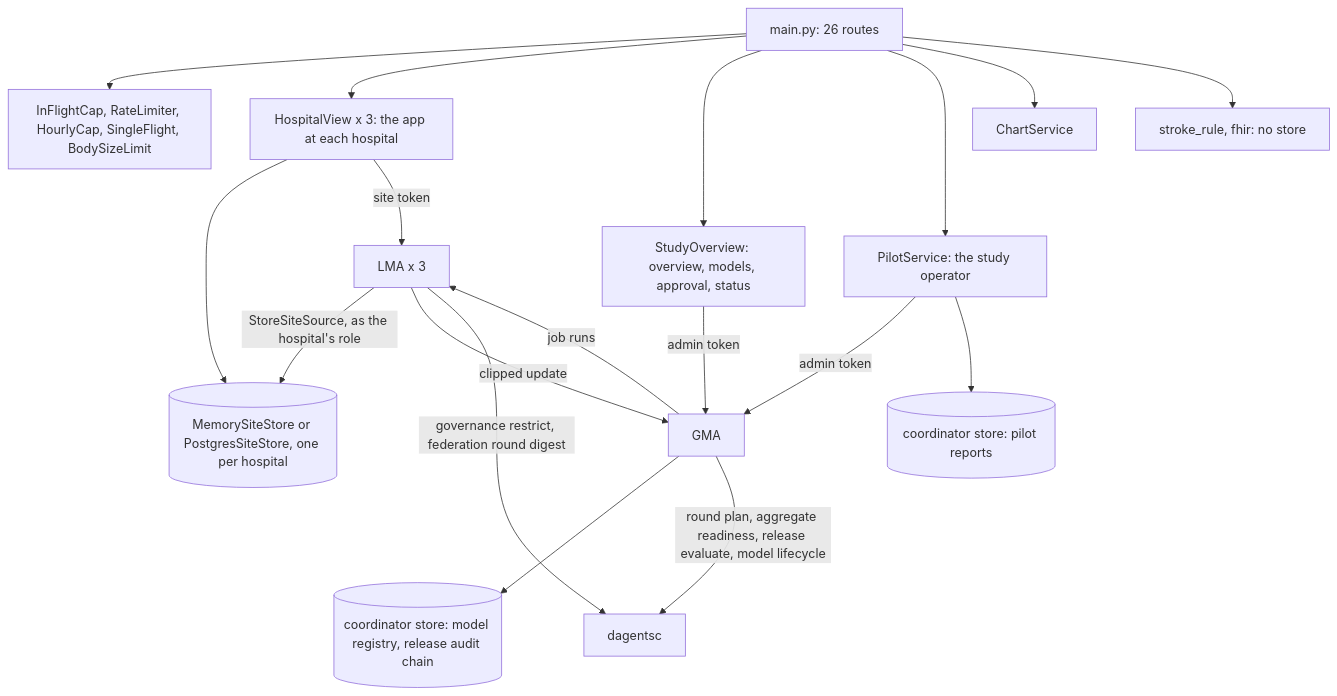
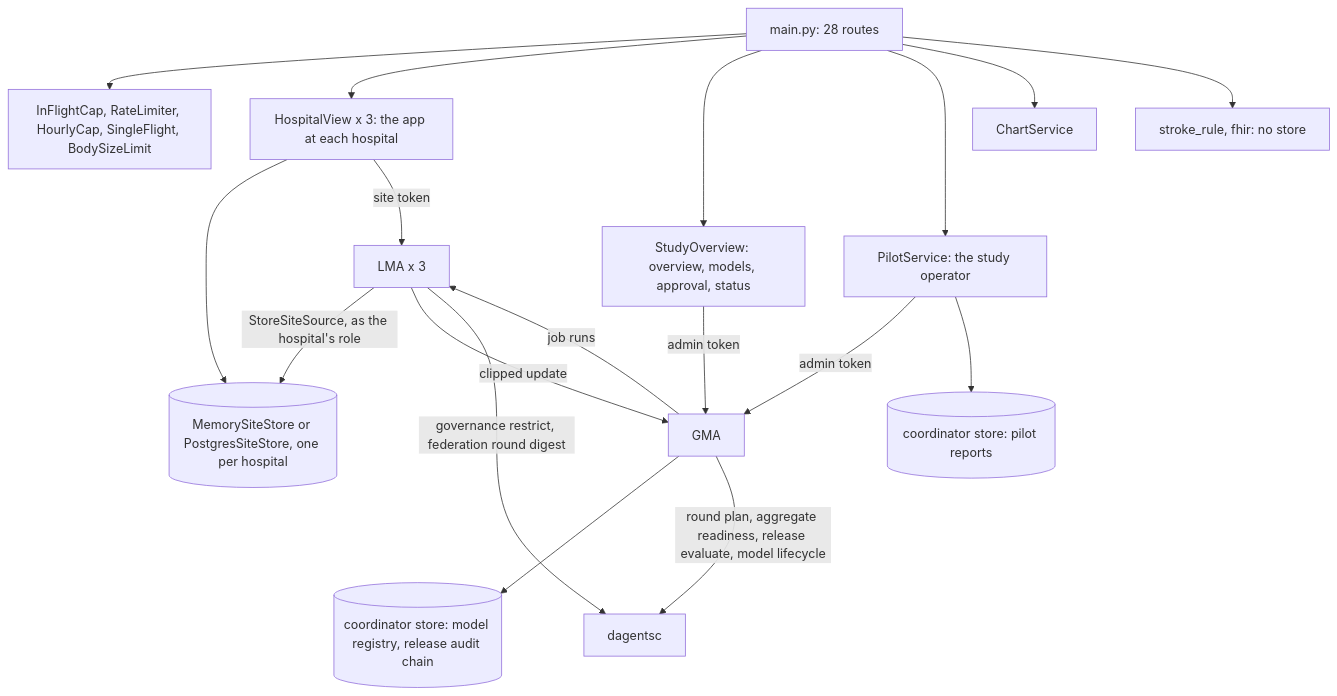
One commit to pradyunuydarp/Dagents changed the second of 6 diagrams in docs/reference/api/demo-apps.md. Above: the diagram before and after it, drawn with Mermaid. The commit also changed other lines of this file and 27 other files, not shown here.

````diff
--- a/docs/reference/api/demo-apps.md
+++ b/docs/reference/api/demo-apps.md
@@ -118,20 +118,20 @@
 ```mermaid
 flowchart TB
-    Routes["main.py: 26 routes"] --> Limits["InFlightCap, RateLimiter, HourlyCap, SingleFlight, BodySizeLimit"]
+    Routes["main.py: 28 routes"] --> Limits["InFlightCap, RateLimiter, HourlyCap, SingleFlight, BodySizeLimit"]
     Routes --> Views["HospitalView x 3: the app at each hospital"]
     Routes --> Overview["StudyOverview: overview, models, approval, status"]
     Routes --> Pilot["PilotService: the study operator"]
     Routes --> Charts["ChartService"]
     Routes --> Rule["stroke_rule, fhir: no store"]
     Views --> SiteStores[("MemorySiteStore or PostgresSiteStore, one per hospital")]
     Views -->|"site token"| LMA["LMA x 3"]
     Overview -->|"admin token"| GMA["GMA"]
     Pilot -->|"admin token"| GMA
     Pilot --> CoordStore[("coordinator store: pilot reports")]
     LMA -->|"StoreSiteSource, as the hospital's role"| SiteStores
     GMA -->|"job runs"| LMA
     LMA -->|"clipped update"| GMA
     GMA --> Registry[("coordinator store: model registry, release audit chain")]
     LMA -->|"governance restrict, federation round digest"| Planner["dagentsc"]
     GMA -->|"round plan, aggregate readiness, release evaluate, model lifecycle"| Planner
 ```
````
